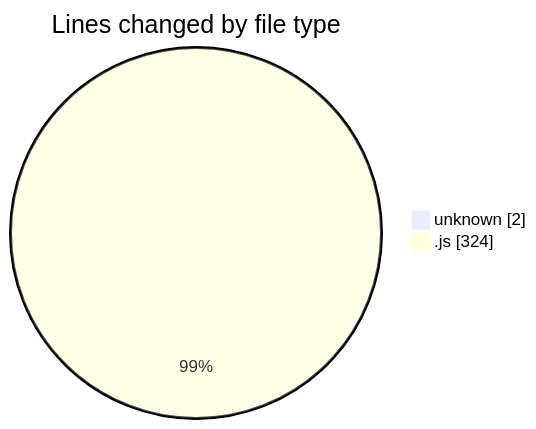
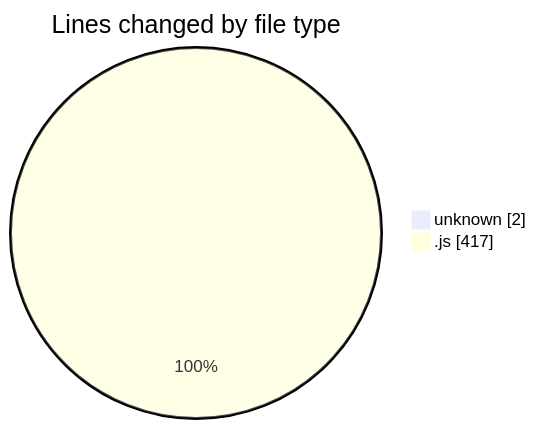
Before and after one commit to nxtqubesakshisongat/code-tracking: the first of 2 diagrams in 2026-04-26/calcapp/README.md, drawn with Mermaid. The commit also changed other lines of this file and 1 other file, not shown here.

````diff
--- a/2026-04-26/calcapp/README.md
+++ b/2026-04-26/calcapp/README.md
@@ -22,6 +23,6 @@
 ```mermaid
 pie showData
 title Lines changed by file type
 "unknown" : 2
-".js" : 324
+".js" : 417
 ```
````
